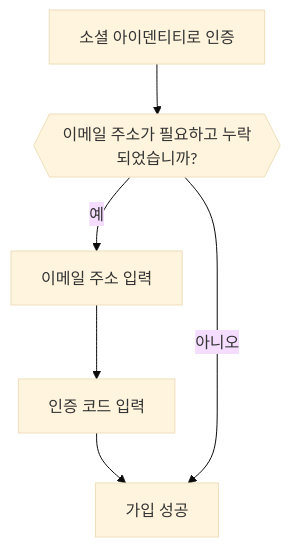
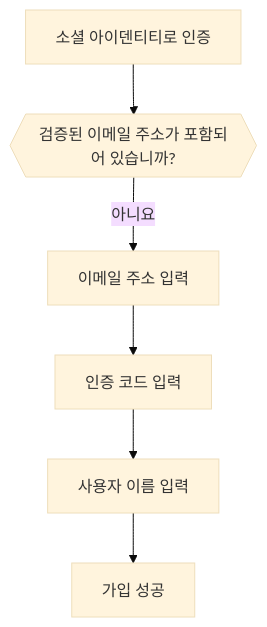
One commit to logto-io/docs changed the fifth of 6 diagrams in i18n/ko/docusaurus-plugin-content-docs/current/end-user-flows/sign-up-and-sign-in/social-sign-in.mdx. Above: the diagram before and after it, drawn with Mermaid (base theme). The commit also changed other lines of this file and 407 other files, not shown here.

````diff
--- a/i18n/ko/docusaurus-plugin-content-docs/current/end-user-flows/sign-up-and-sign-in/social-sign-in.mdx
+++ b/i18n/ko/docusaurus-plugin-content-docs/current/end-user-flows/sign-up-and-sign-in/social-sign-in.mdx
@@ -146,8 +146,8 @@
    ```mermaid
    flowchart TD
-      A[소셜 아이덴티티로 인증] --> B{{이메일 주소가 필요하고 누락되었습니까?}}
-      B -- 예 --> C[이메일 주소 입력]
+      A[소셜 아이덴티티로 인증] --> B{{검증된 이메일 주소가 포함되어 있습니까?}}
+      B -- 아니요 --> C[이메일 주소 입력]
       C --> D[인증 코드 입력]
-      D --> E[가입 성공]
-      B -- 아니오 --> E
+      D --> E[사용자 이름 입력]
+      E --> F[가입 성공]
    ```
````
